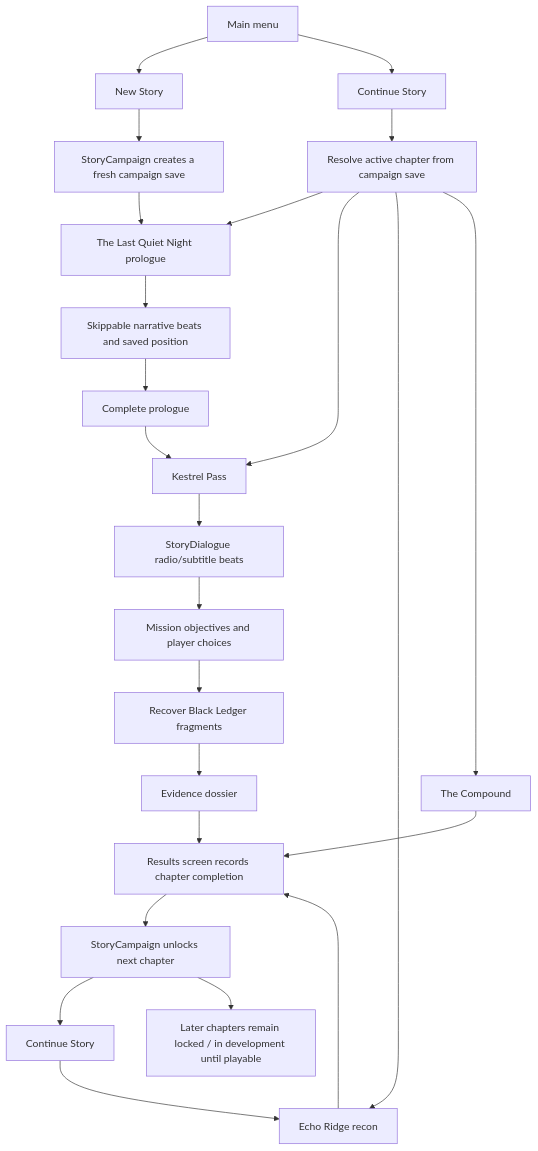
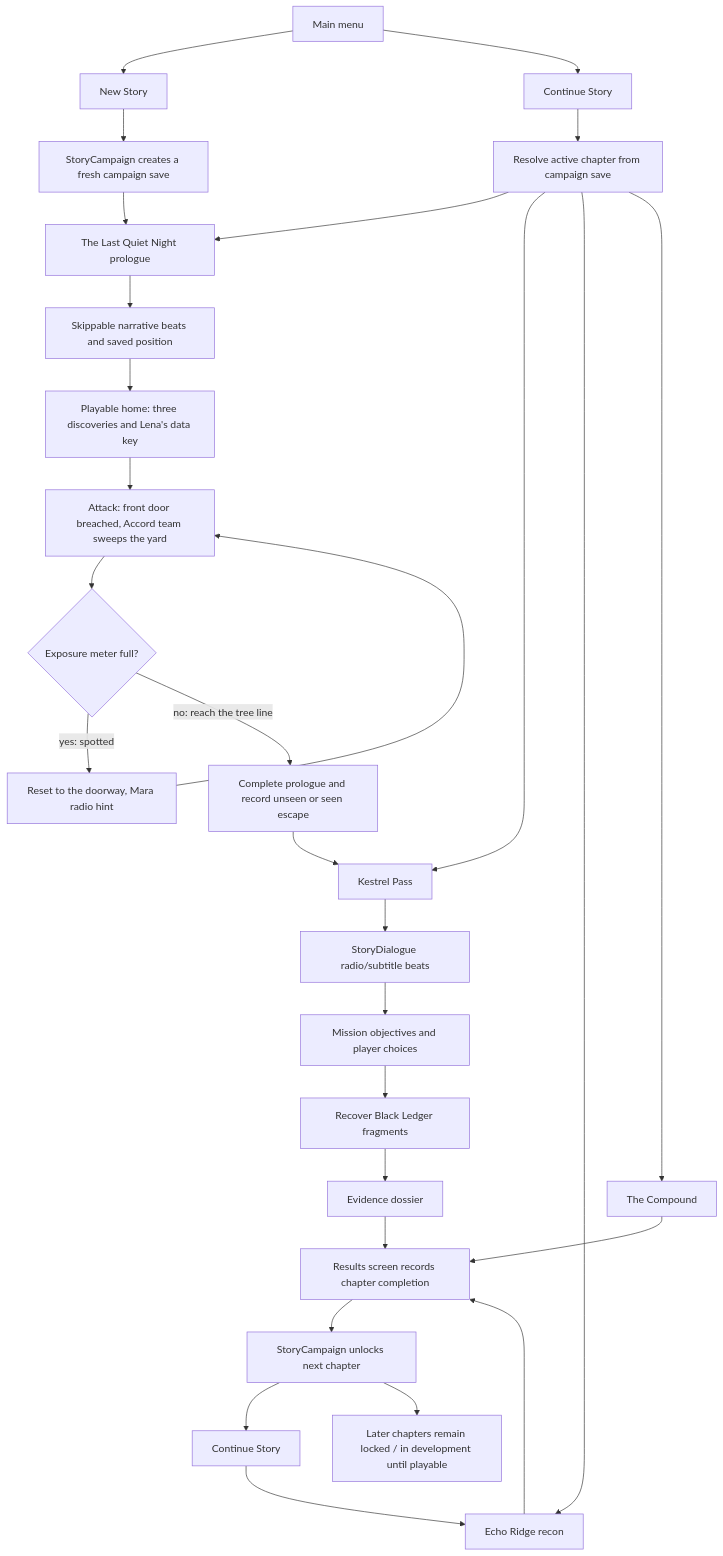
One commit to adam656677-oss/sniper changed the seventh of 7 diagrams in docs/GAME-FLOW.md. Above: the diagram before and after it, drawn with Mermaid. The commit also changed other lines of this file and 5 other files, not shown here.

First line of the commit message:
docs: record the playable prologue escape

````diff
--- a/docs/GAME-FLOW.md
+++ b/docs/GAME-FLOW.md
@@ -275,26 +275,31 @@
 ```mermaid
 flowchart TD
     MENU[Main menu] --> NEW[New Story]
     MENU --> CONTINUE[Continue Story]
     NEW --> RESET[StoryCampaign creates a fresh campaign save]
     RESET --> PROLOGUE[The Last Quiet Night prologue]
     CONTINUE --> ROUTE[Resolve active chapter from campaign save]
     ROUTE --> PROLOGUE
     ROUTE --> KESTREL[Kestrel Pass]
     ROUTE --> ECHO[Echo Ridge recon]
     ROUTE --> COMPOUND[The Compound]
     PROLOGUE --> BEATS[Skippable narrative beats and saved position]
-    BEATS --> COMPLETE_PROLOGUE[Complete prologue]
+    BEATS --> HOME[Playable home: three discoveries and Lena's data key]
+    HOME --> BREACH[Attack: front door breached, Accord team sweeps the yard]
+    BREACH --> SWEEP{Exposure meter full?}
+    SWEEP -->|yes: spotted| DOORWAY[Reset to the doorway, Mara radio hint]
+    DOORWAY --> BREACH
+    SWEEP -->|no: reach the tree line| COMPLETE_PROLOGUE[Complete prologue and record unseen or seen escape]
     COMPLETE_PROLOGUE --> KESTREL
     KESTREL --> RADIO[StoryDialogue radio/subtitle beats]
     RADIO --> OBJECTIVES[Mission objectives and player choices]
     OBJECTIVES --> EVIDENCE[Recover Black Ledger fragments]
     EVIDENCE --> DOSSIER[Evidence dossier]
     DOSSIER --> RESULT[Results screen records chapter completion]
     RESULT --> UNLOCK[StoryCampaign unlocks next chapter]
     UNLOCK --> CONTINUE_RESULT[Continue Story]
     CONTINUE_RESULT --> ECHO
     ECHO --> RESULT
     COMPOUND --> RESULT
     UNLOCK --> FUTURE[Later chapters remain locked / in development until playable]
 ```
````
